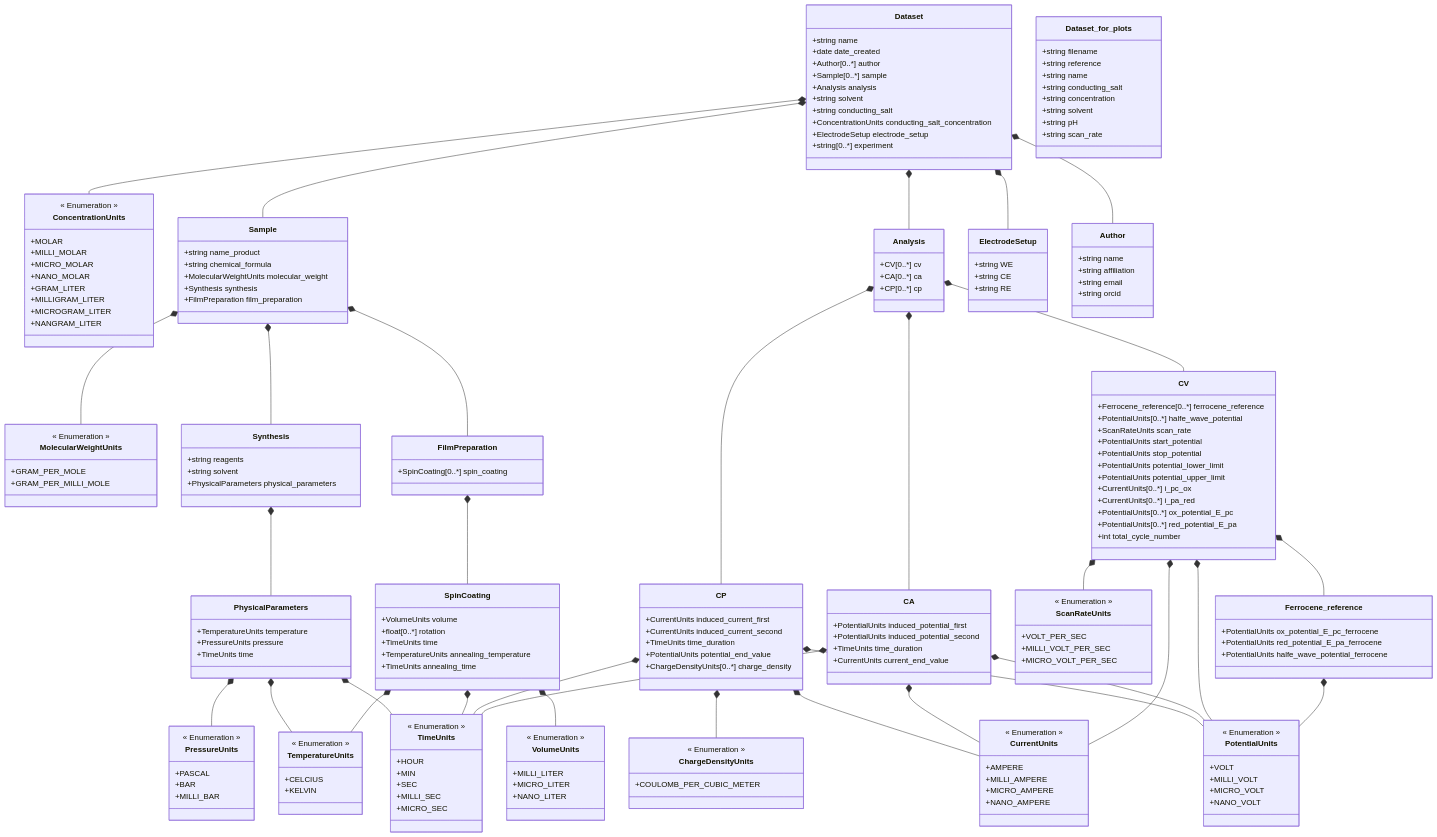
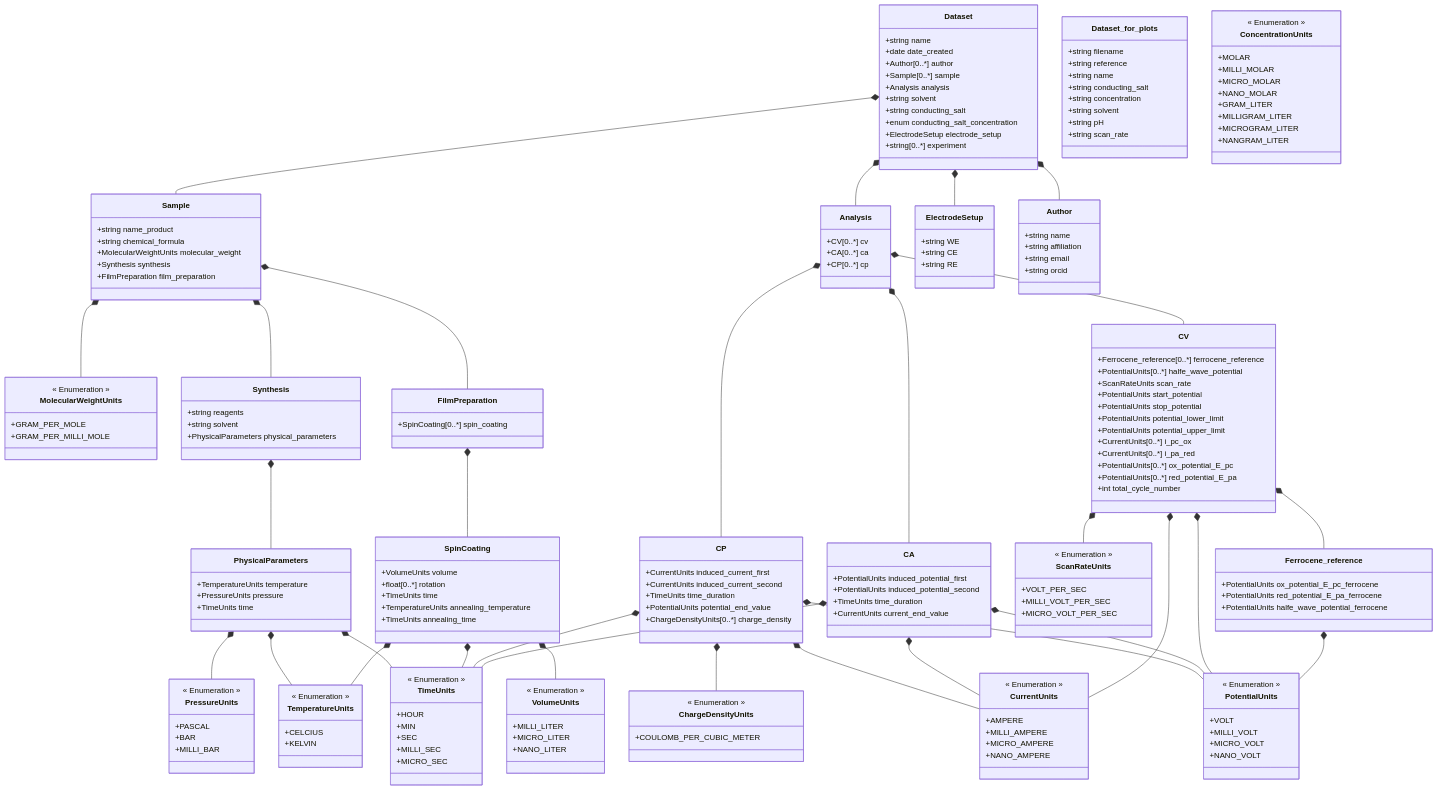
One commit to FAIRChemistry/datamodel-electrochemistry changed the diagram in ElectrochemistryDataModel/schemes/electrochemistrydatamodel_schema.md. Above: the diagram before and after it, drawn with Mermaid. The commit also changed 15 other files, not shown here.

````diff
--- a/ElectrochemistryDataModel/schemes/electrochemistrydatamodel_schema.md
+++ b/ElectrochemistryDataModel/schemes/electrochemistrydatamodel_schema.md
@@ -1,6 +1,5 @@
 ```mermaid
 classDiagram
-    Dataset *-- ConcentrationUnits
     Dataset *-- Sample
     Dataset *-- Analysis
     Dataset *-- ElectrodeSetup
@@ -40,7 +39,7 @@
         +Analysis analysis
         +string solvent
         +string conducting_salt
-        +ConcentrationUnits conducting_salt_concentration
+        +enum conducting_salt_concentration
         +ElectrodeSetup electrode_setup
         +string[0..*] experiment
     }
````
